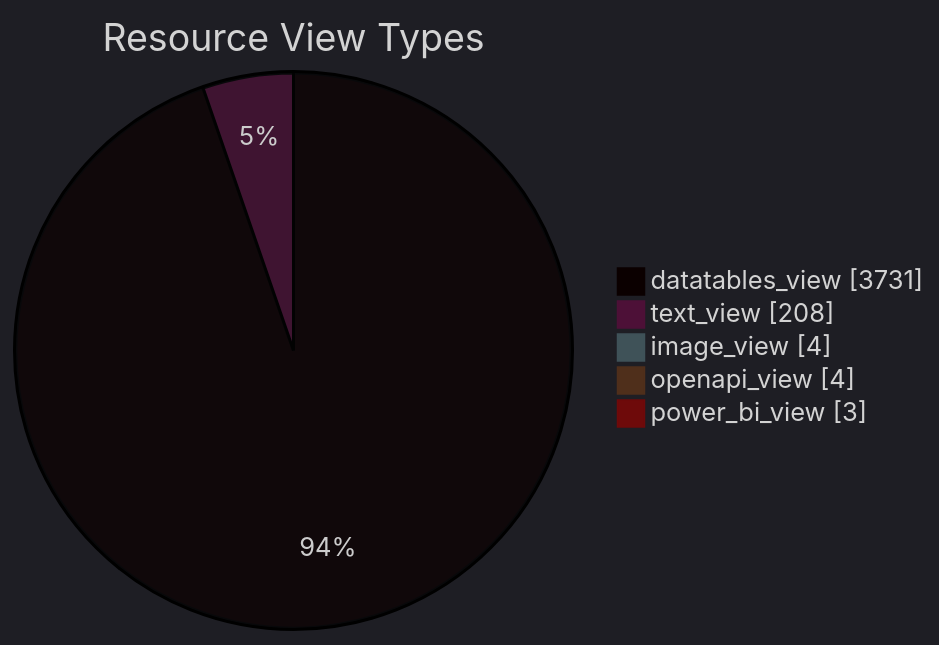
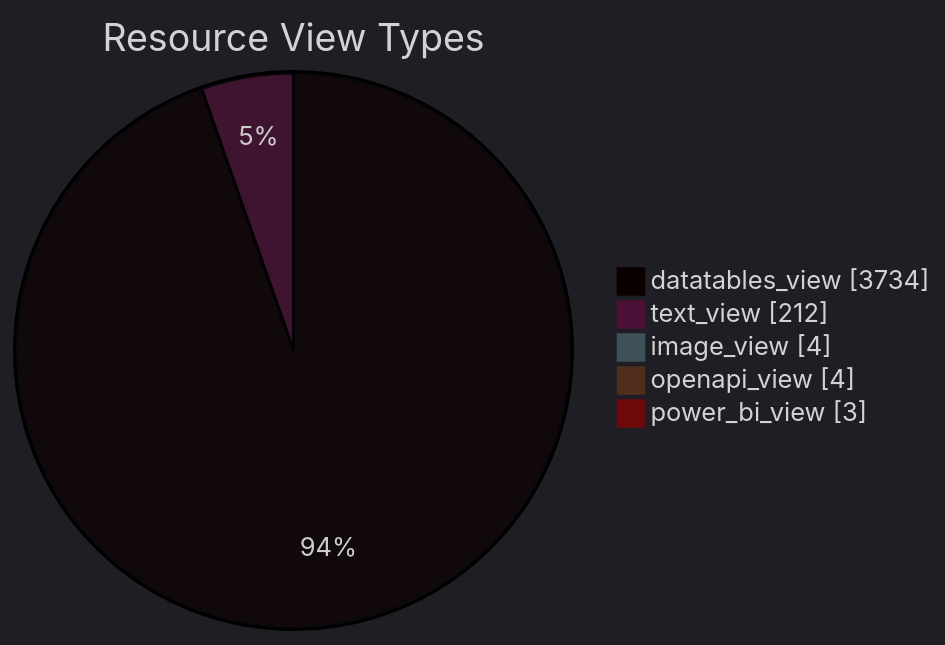
Before and after one commit to open-data/analytics-corporate-reporting: the diagram in datastore_tracker/resource_view_types_pie_chart.md, drawn with Mermaid. The commit also changed 9 other files, not shown here.

````diff
--- a/datastore_tracker/resource_view_types_pie_chart.md
+++ b/datastore_tracker/resource_view_types_pie_chart.md
@@ -2,12 +2,12 @@
 ```mermaid
 ---
 config:
   theme: dark
 ---
 pie showData title Resource View Types
-    "datatables_view": 3731
-    "text_view": 208
+    "datatables_view": 3734
+    "text_view": 212
     "image_view": 4
     "openapi_view": 4
     "power_bi_view": 3
 ```
````
